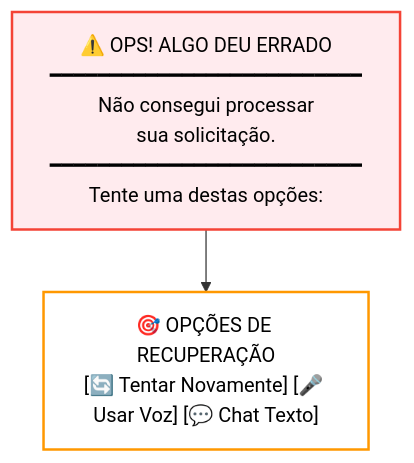
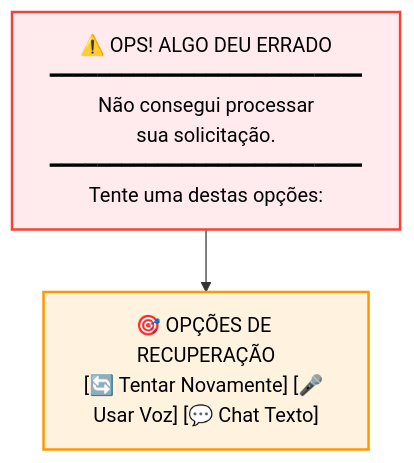
Before and after one commit to brunovlucena/prontuario: diagram 11 of 15 in DESIGN.md, drawn with Mermaid. The commit also changed other lines of this file, not shown here.

````diff
--- a/DESIGN.md
+++ b/DESIGN.md
@@ -206,11 +232,11 @@
 ```mermaid
 flowchart TD
     ErrorState["⚠️ OPS! ALGO DEU ERRADO<br/>━━━━━━━━━━━━━━━━━━━━━━━━━━<br/>Não consegui processar<br/>sua solicitação.<br/>━━━━━━━━━━━━━━━━━━━━━━━━━━<br/>Tente uma destas opções:"]
     
     ErrorActions["🎯 OPÇÕES DE RECUPERAÇÃO<br/>[🔄 Tentar Novamente] [🎤 Usar Voz] [💬 Chat Texto]"]
 
     ErrorState --> ErrorActions
 
     style ErrorState fill:#FFEBEE,stroke:#F44336,stroke-width:2px,color:#000
-    style ErrorActions fill:#FFFFFF,stroke:#FF9800,stroke-width:2px,color:#000
+    style ErrorActions fill:#FFF3E0,stroke:#FF9800,stroke-width:2px,color:#000
 ```
````
